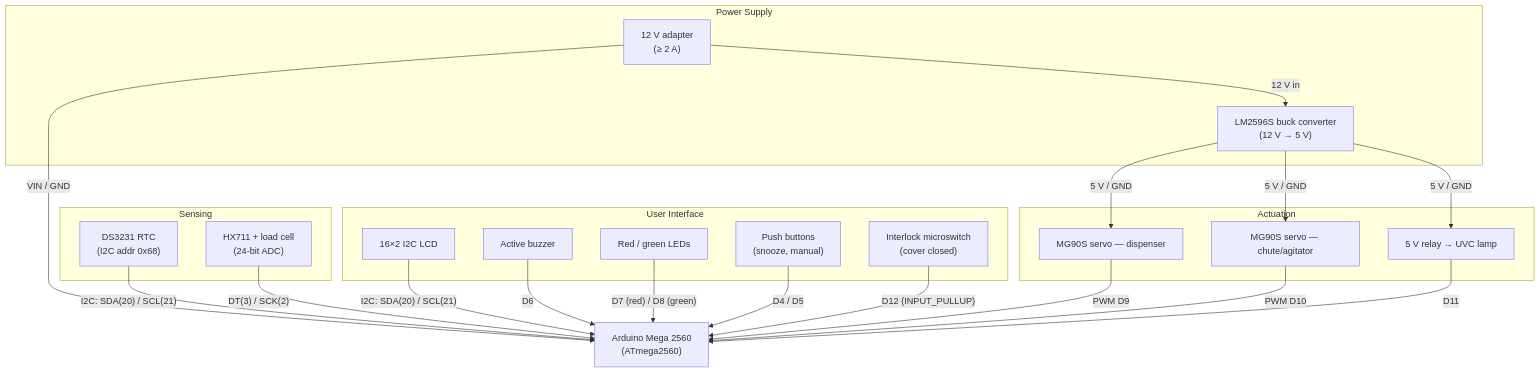
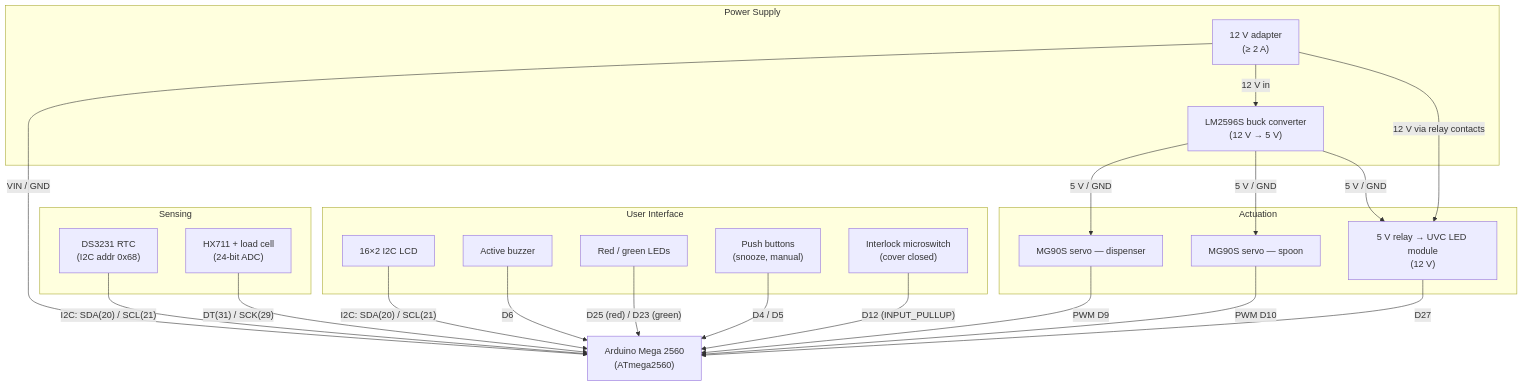
Before and after one commit to qppd/pill-dispenser: the diagram in docs/block-diagram.md, drawn with Mermaid. The commit also changed other lines of this file and 10 other files, not shown here.

First line of the commit message:
Switch UVC sterilization to a 12 V LED module and add verified buying links

````diff
--- a/docs/block-diagram.md
+++ b/docs/block-diagram.md
@@ -7,45 +7,46 @@
 ```mermaid
 flowchart TB
     subgraph PWR["Power Supply"]
         P1["12 V adapter<br/>(≥ 2 A)"]
         P2["LM2596S buck converter<br/>(12 V → 5 V)"]
     end
 
     subgraph SENS["Sensing"]
         S1["DS3231 RTC<br/>(I2C addr 0x68)"]
         S2["HX711 + load cell<br/>(24-bit ADC)"]
     end
 
     subgraph UI["User Interface"]
         U1["16×2 I2C LCD"]
         U2["Active buzzer"]
         U3["Red / green LEDs"]
         U4["Push buttons<br/>(snooze, manual)"]
         U5["Interlock microswitch<br/>(cover closed)"]
     end
 
     subgraph ACT["Actuation"]
         A1["MG90S servo — dispenser"]
-        A2["MG90S servo — chute/agitator"]
-        A3["5 V relay → UVC lamp"]
+        A2["MG90S servo — spoon"]
+        A3["5 V relay → UVC LED module<br/>(12 V)"]
     end
 
     MCU["Arduino Mega 2560<br/>(ATmega2560)"]
 
     P1 -- "VIN / GND" --> MCU
     P1 -- "12 V in" --> P2
     P2 -- "5 V / GND" --> A1
     P2 -- "5 V / GND" --> A2
     P2 -- "5 V / GND" --> A3
+    P1 -- "12 V via relay contacts" --> A3
 
     S1 -- "I2C: SDA(20) / SCL(21)" --> MCU
-    S2 -- "DT(3) / SCK(2)" --> MCU
+    S2 -- "DT(31) / SCK(29)" --> MCU
     U1 -- "I2C: SDA(20) / SCL(21)" --> MCU
     U2 -- "D6" --> MCU
-    U3 -- "D7 (red) / D8 (green)" --> MCU
+    U3 -- "D25 (red) / D23 (green)" --> MCU
     U4 -- "D4 / D5" --> MCU
     U5 -- "D12 (INPUT_PULLUP)" --> MCU
     A1 -- "PWM D9" --> MCU
     A2 -- "PWM D10" --> MCU
-    A3 -- "D11" --> MCU
+    A3 -- "D27" --> MCU
 ```
````
